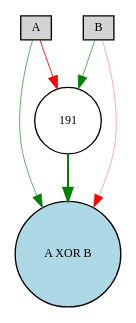
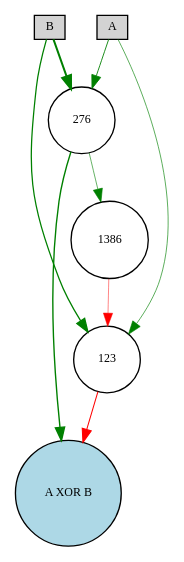
Before and after one commit to BarrySoap/Honours-Project: the diagram in Rantaro/Implementation/Digraph.gv, drawn with Graphviz. The commit also changed 3 other files, not shown here.

```diff
--- a/Rantaro/Implementation/Digraph.gv
+++ b/Rantaro/Implementation/Digraph.gv
@@ -1,12 +1,17 @@
 digraph {
 	node [fontsize=9 height=0.2 shape=circle width=0.2]
 	A [fillcolor=lightgray shape=box style=filled]
 	B [fillcolor=lightgray shape=box style=filled]
 	"A XOR B" [fillcolor=lightblue style=filled]
-	191 [fillcolor=white style=filled]
-	A -> "A XOR B" [color=green penwidth=0.47223896713681235 style=solid]
-	B -> 191 [color=green penwidth=0.47883022184097357 style=solid]
-	191 -> "A XOR B" [color=green penwidth=1.4855169504501815 style=solid]
-	A -> 191 [color=red penwidth=0.6816095633962812 style=solid]
-	B -> "A XOR B" [color=red penwidth=0.25056114311666666 style=solid]
+	1386 [fillcolor=white style=filled]
+	123 [fillcolor=white style=filled]
+	276 [fillcolor=white style=filled]
+	B -> 123 [color=green penwidth=0.9614383558812466 style=solid]
+	123 -> "A XOR B" [color=red penwidth=0.7842087518297153 style=solid]
+	A -> 123 [color=green penwidth=0.4845764237956526 style=solid]
+	A -> 276 [color=green penwidth=0.6609872038878684 style=solid]
+	276 -> "A XOR B" [color=green penwidth=1.0431569823451496 style=solid]
+	B -> 276 [color=green penwidth=1.4910575263515127 style=solid]
+	276 -> 1386 [color=green penwidth=0.44807493183288827 style=solid]
+	1386 -> 123 [color=red penwidth=0.3630768143713128 style=solid]
 }
```
